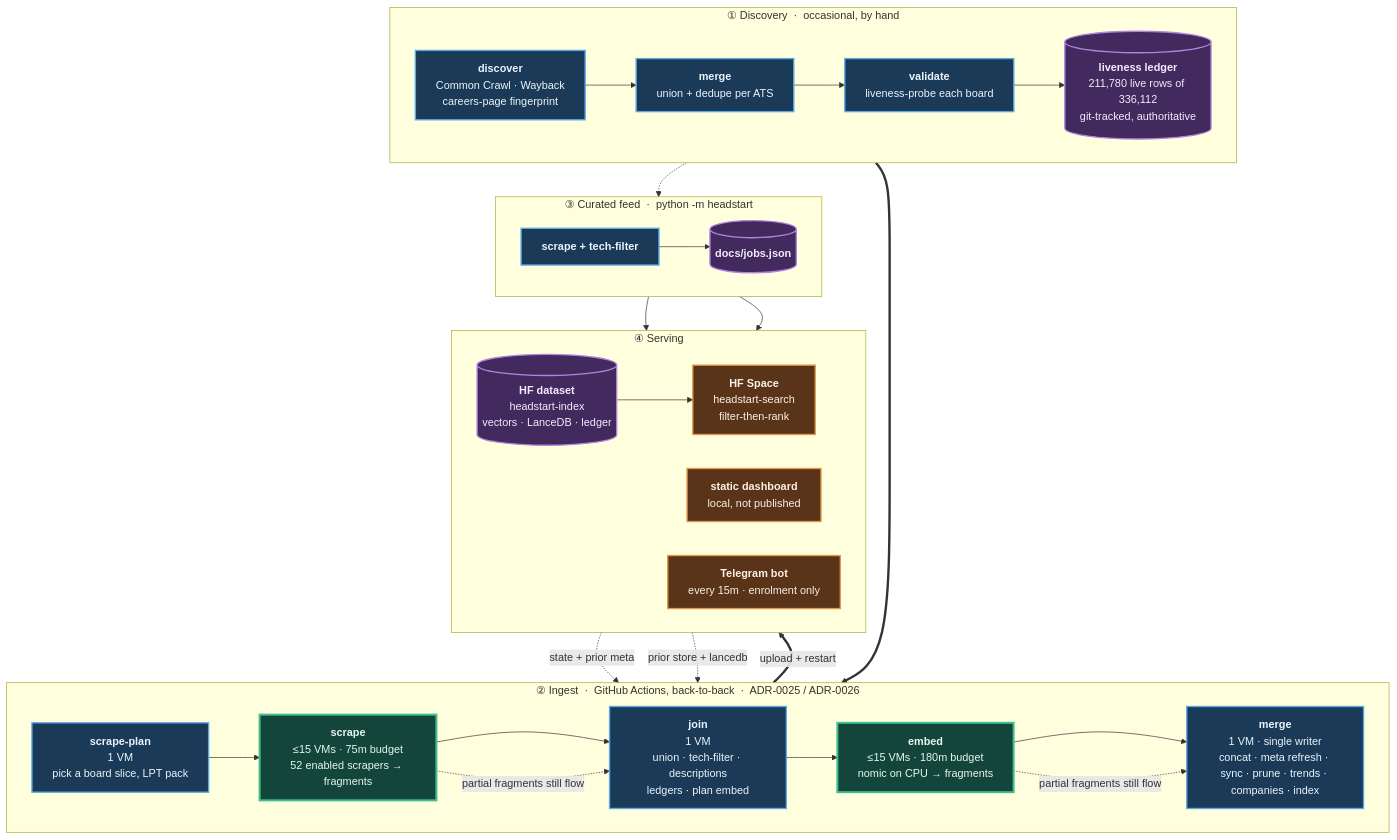
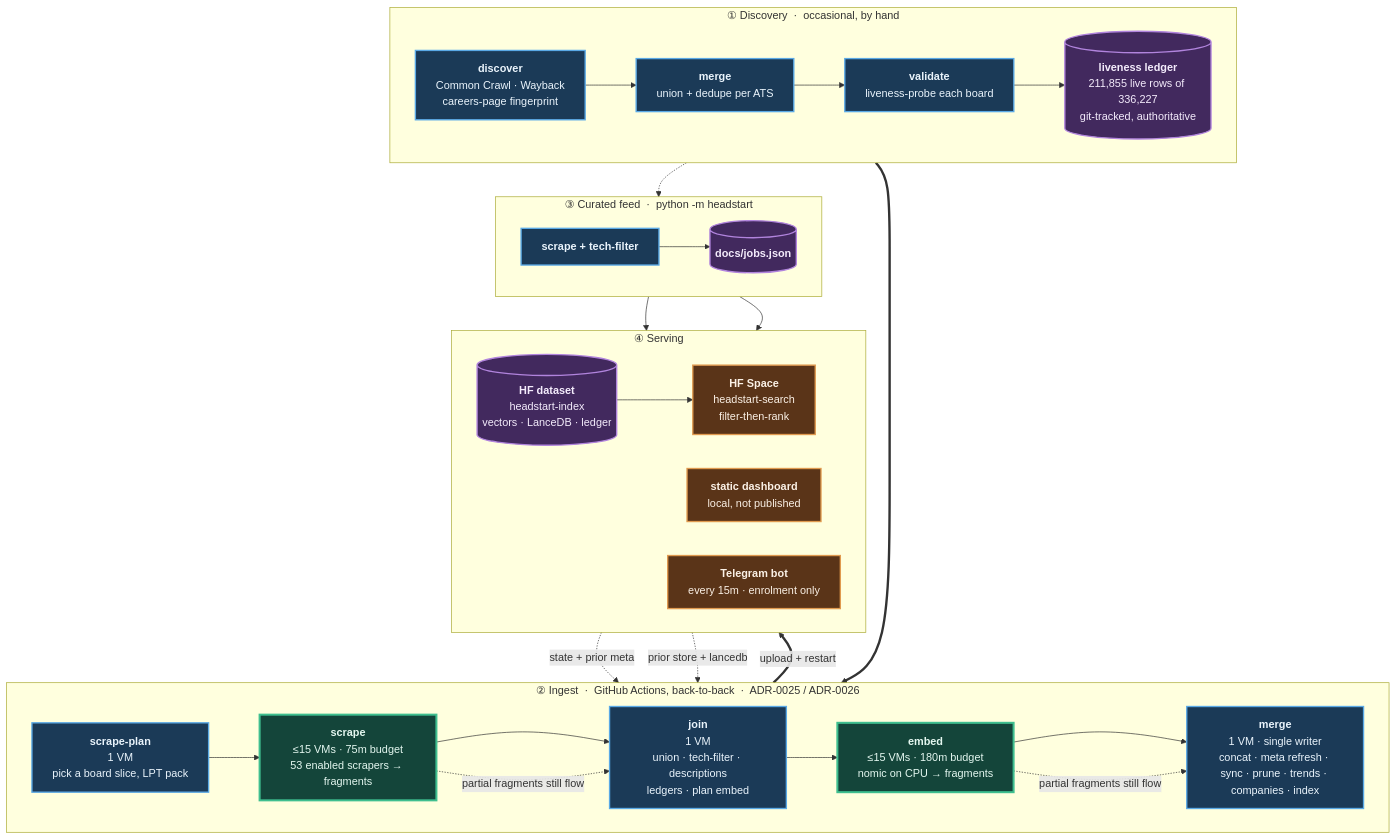
The diagram in README.md (sarthakjain004/headstart), drawn with Mermaid before and after one commit. The commit also changed other lines of this file and 24 other files, not shown here.

````diff
--- a/README.md
+++ b/README.md
@@ -185,56 +185,56 @@
 ```mermaid
 flowchart TB
     subgraph D["① Discovery &nbsp;·&nbsp; occasional, by hand"]
         direction LR
         D1["<b>discover</b><br/>Common Crawl · Wayback<br/>careers-page fingerprint"]
         D2["<b>merge</b><br/>union + dedupe per ATS"]
         D3["<b>validate</b><br/>liveness-probe each board"]
-        D4[("<b>liveness ledger</b><br/>211,780 live rows of 336,112<br/>git-tracked, authoritative")]
+        D4[("<b>liveness ledger</b><br/>211,855 live rows of 336,227<br/>git-tracked, authoritative")]
         D1 --> D2 --> D3 --> D4
     end
 
     subgraph P["② Ingest &nbsp;·&nbsp; GitHub Actions, back-to-back &nbsp;·&nbsp; ADR-0025 / ADR-0026"]
         direction LR
         P1["<b>scrape-plan</b><br/>1 VM<br/>pick a board slice, LPT pack"]
-        P2["<b>scrape</b><br/>≤15 VMs · 75m budget<br/>52 enabled scrapers → fragments"]
+        P2["<b>scrape</b><br/>≤15 VMs · 75m budget<br/>53 enabled scrapers → fragments"]
         P3["<b>join</b><br/>1 VM<br/>union · tech-filter · descriptions<br/>ledgers · plan embed"]
         P4["<b>embed</b><br/>≤15 VMs · 180m budget<br/>nomic on CPU → fragments"]
         P5["<b>merge</b><br/>1 VM · single writer<br/>concat · meta refresh · sync · prune · trends · companies · index"]
         P1 --> P2 --> P3 --> P4 --> P5
     end
 
     subgraph F["③ Curated feed &nbsp;·&nbsp; python -m headstart"]
         direction LR
         F1["<b>scrape + tech-filter</b>"]
         F2[("<b>docs/jobs.json</b>")]
         F1 --> F2
     end
 
     subgraph S["④ Serving"]
         direction LR
         S1[("<b>HF dataset</b><br/>headstart-index<br/>vectors · LanceDB · ledger")]
         S2["<b>HF Space</b><br/>headstart-search<br/>filter-then-rank"]
         S3["<b>static dashboard</b><br/>local, not published"]
         S4["<b>Telegram bot</b><br/>every 15m · enrolment only"]
         S1 --> S2
     end
 
     D4 ==> P1
     S1 -. "state + prior meta" .-> P1
     S1 -. "prior store + lancedb" .-> P5
     D4 -.-> F1
     P5 ==>|"upload + restart"| S1
     F2 --> S3
     F2 --> S4
     P2 -. "partial fragments still flow" .-> P3
     P4 -. "partial fragments still flow" .-> P5
 
     classDef serial fill:#1b3a57,stroke:#5aa9e6,stroke-width:2px,color:#eaf4fc
     classDef fan fill:#14453a,stroke:#3fbf8f,stroke-width:3px,color:#e4f7f0
     classDef store fill:#42295e,stroke:#b184dd,stroke-width:2px,color:#f4ecfc
     classDef serve fill:#5a3418,stroke:#e09a4f,stroke-width:2px,color:#fbf1e6
     class D1,D2,D3,P1,P3,P5,F1 serial
     class P2,P4 fan
     class D4,F2,S1 store
     class S2,S3,S4 serve
 ```
````
